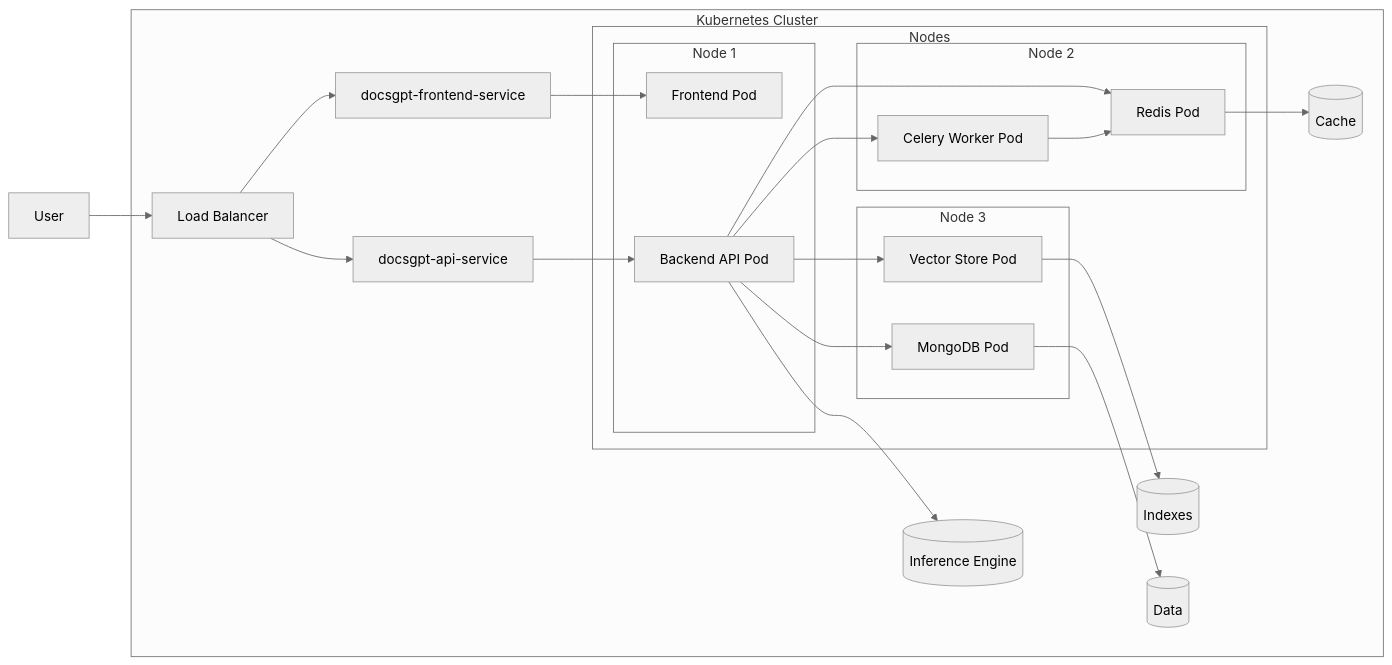
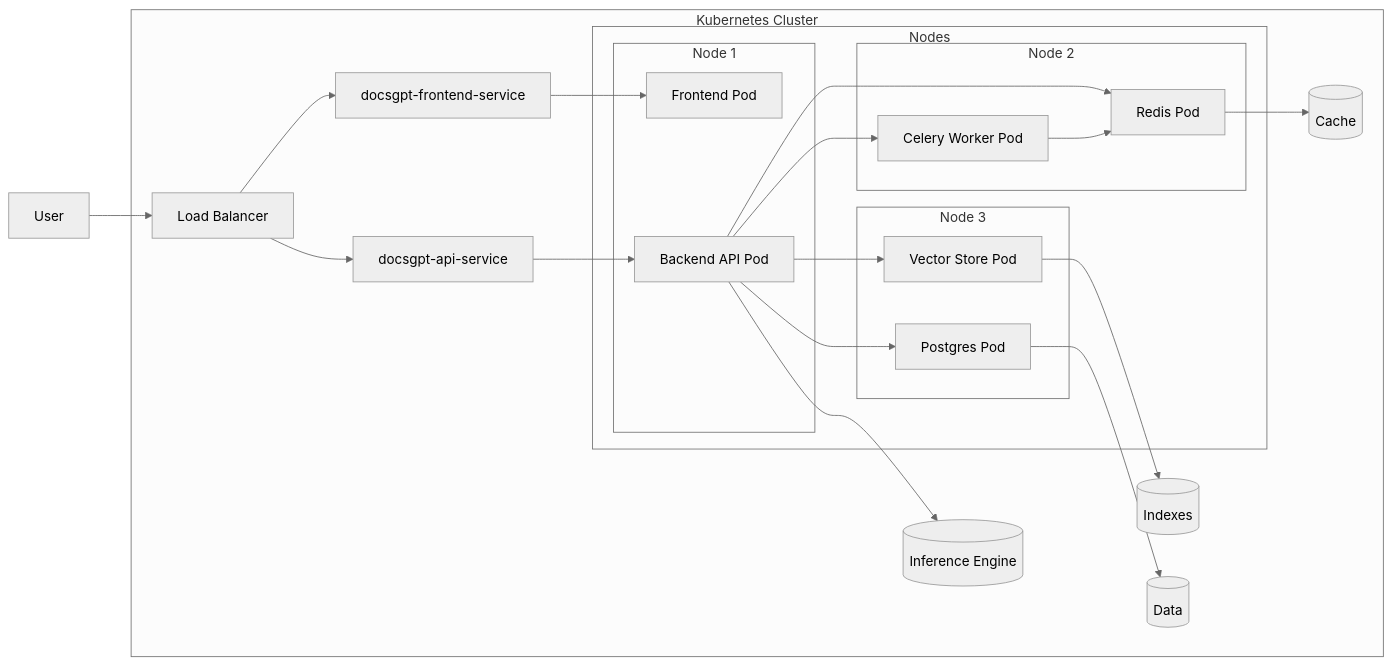
Before and after one commit to arc53/DocsGPT: the third of 3 diagrams in docs/content/Guides/Architecture.mdx, drawn with Mermaid (neutral theme). The commit also changed other lines of this file and 311 other files, not shown here.

````diff
--- a/docs/content/Guides/Architecture.mdx
+++ b/docs/content/Guides/Architecture.mdx
@@ -125,33 +126,33 @@
 ```mermaid
 graph LR
     subgraph Kubernetes Cluster
         subgraph Nodes
             subgraph Node 1
                 FrontendPod[Frontend Pod]
                 BackendAPIPod[Backend API Pod]
             end
             subgraph Node 2
                 CeleryWorkerPod[Celery Worker Pod]
                 RedisPod[Redis Pod]
             end
             subgraph Node 3
-                MongoDBPod[MongoDB Pod]
+                PostgresPod[Postgres Pod]
                 VectorStorePod[Vector Store Pod]
             end
         end
         LoadBalancer[Load Balancer] --> docsgpt-frontend-service[docsgpt-frontend-service]
         LoadBalancer --> docsgpt-api-service[docsgpt-api-service]
         docsgpt-frontend-service --> FrontendPod
         docsgpt-api-service --> BackendAPIPod
         BackendAPIPod --> CeleryWorkerPod
         BackendAPIPod --> RedisPod
-        BackendAPIPod --> MongoDBPod
+        BackendAPIPod --> PostgresPod
         BackendAPIPod --> VectorStorePod
         CeleryWorkerPod --> RedisPod
         BackendAPIPod --> InferenceEngine[(Inference Engine)]
         VectorStorePod --> Indexes[(Indexes)]
-        MongoDBPod --> Data[(Data)]
+        PostgresPod --> Data[(Data)]
         RedisPod --> Cache[(Cache)]
     end
     User[User] --> LoadBalancer
 ```
````
